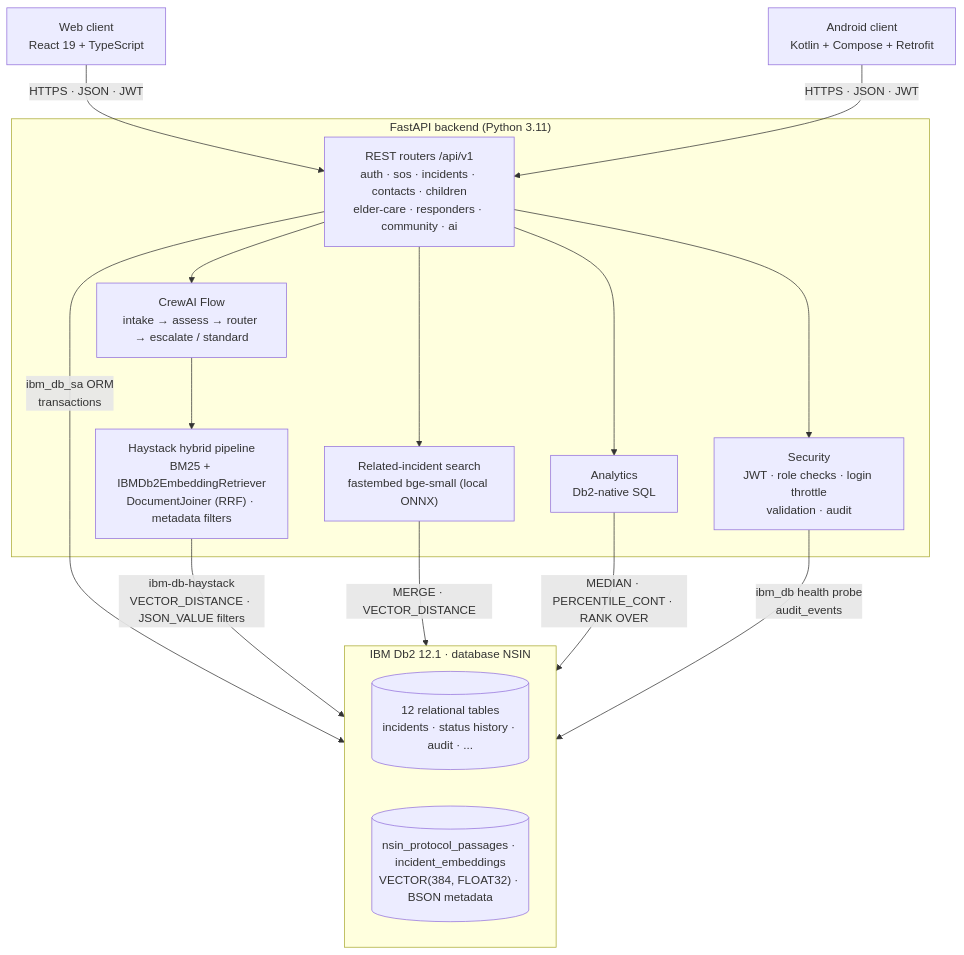
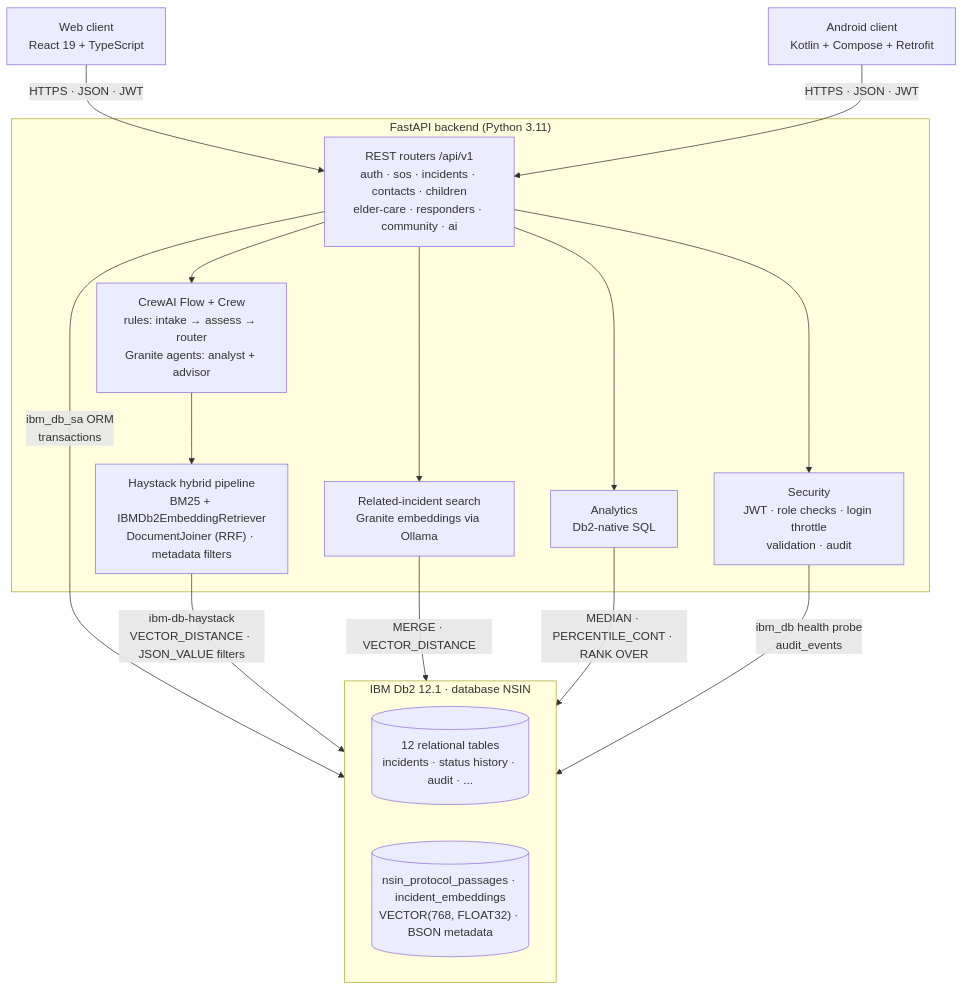
The first of 2 diagrams in submissions/neighbourhood-safety-intelligence-network/architecture.md (KunalGolaIBM/IBM_Db2_TechX_Project_Submission), drawn with Mermaid before and after one commit. The commit also changed other lines of this file and 24 other files, not shown here.

First line of the commit message:
feat(neighbourhood-safety-intelligence-network): Db2-only data layer, IBM Granite via Ollama, CrewAI multi-agent briefing

````diff
--- a/submissions/neighbourhood-safety-intelligence-network/architecture.md
+++ b/submissions/neighbourhood-safety-intelligence-network/architecture.md
@@ -15,30 +15,30 @@
 ```mermaid
 graph TD
     Web["Web client<br/>React 19 + TypeScript"] -->|"HTTPS · JSON · JWT"| API
     Android["Android client<br/>Kotlin + Compose + Retrofit"] -->|"HTTPS · JSON · JWT"| API
 
     subgraph Backend["FastAPI backend (Python 3.11)"]
         API["REST routers /api/v1<br/>auth · sos · incidents · contacts · children<br/>elder-care · responders · community · ai"]
         SEC["Security<br/>JWT · role checks · login throttle<br/>validation · audit"]
-        TRI["CrewAI Flow<br/>intake → assess → router → escalate / standard"]
+        TRI["CrewAI Flow + Crew<br/>rules: intake → assess → router<br/>Granite agents: analyst + advisor"]
         HAY["Haystack hybrid pipeline<br/>BM25 + IBMDb2EmbeddingRetriever<br/>DocumentJoiner (RRF) · metadata filters"]
-        VEC["Related-incident search<br/>fastembed bge-small (local ONNX)"]
+        VEC["Related-incident search<br/>Granite embeddings via Ollama"]
         ANA["Analytics<br/>Db2-native SQL"]
         API --> SEC
         API --> TRI
         TRI --> HAY
         API --> VEC
         API --> ANA
     end
 
     API -->|"ibm_db_sa ORM<br/>transactions"| DB2
     HAY -->|"ibm-db-haystack<br/>VECTOR_DISTANCE · JSON_VALUE filters"| DB2
     VEC -->|"MERGE · VECTOR_DISTANCE"| DB2
     ANA -->|"MEDIAN · PERCENTILE_CONT · RANK OVER"| DB2
     SEC -->|"ibm_db health probe<br/>audit_events"| DB2
 
     subgraph DB2["IBM Db2 12.1 · database NSIN"]
         REL[("12 relational tables<br/>incidents · status history · audit · ...")]
-        VT[("nsin_protocol_passages · incident_embeddings<br/>VECTOR(384, FLOAT32) · BSON metadata")]
+        VT[("nsin_protocol_passages · incident_embeddings<br/>VECTOR(768, FLOAT32) · BSON metadata")]
     end
 ```
````
